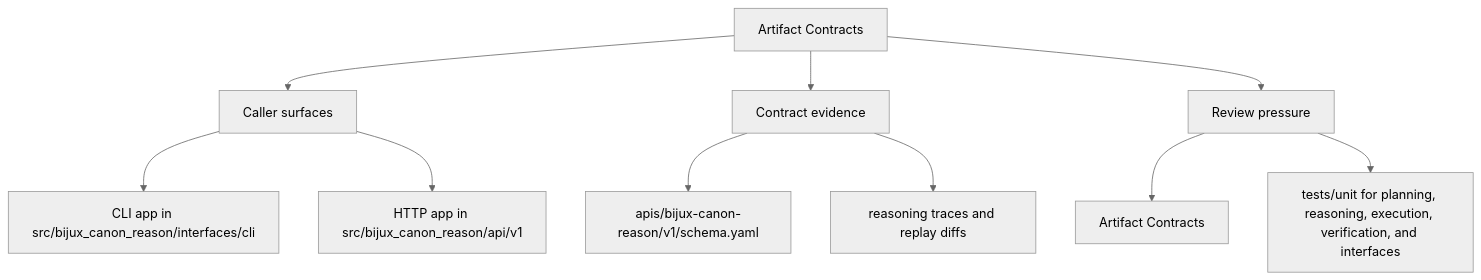
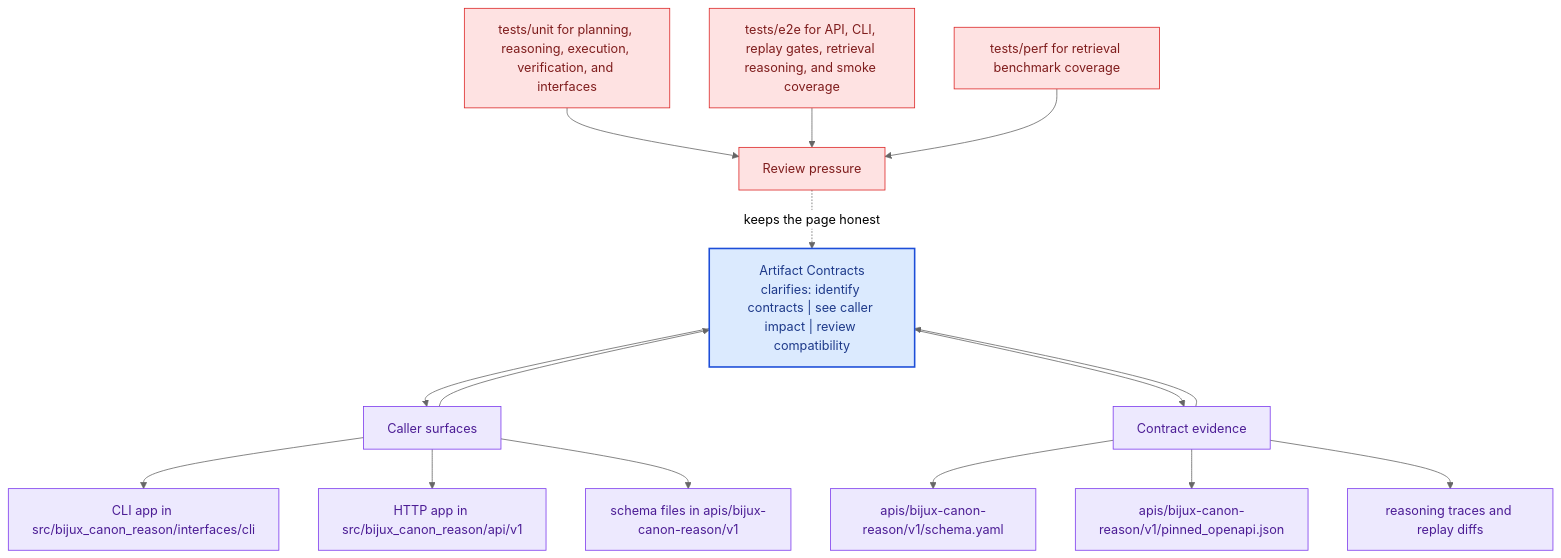
Before and after one commit to bijux/bijux-canon: the second of 2 diagrams in docs/bijux-canon-reason/interfaces/artifact-contracts.md, drawn with Mermaid (neutral theme). The commit also changed other lines of this file and 281 other files, not shown here.

Commit message:
docs(diagrams): deepen handbook mermaid maps across the catalog

````diff
--- a/docs/bijux-canon-reason/interfaces/artifact-contracts.md
+++ b/docs/bijux-canon-reason/interfaces/artifact-contracts.md
@@ -35,22 +68,41 @@
 ```mermaid
-flowchart TD
-    page["Artifact Contracts"]
+flowchart TB
+    promise["Artifact Contracts<br/>clarifies: identify contracts | see caller impact | review compatibility"]
+    classDef promise fill:#dbeafe,stroke:#1d4ed8,color:#1e3a8a,stroke-width:2px;
+    classDef driver fill:#dcfce7,stroke:#16a34a,color:#14532d;
+    classDef constraint fill:#fee2e2,stroke:#dc2626,color:#7f1d1d;
+    classDef ground fill:#ede9fe,stroke:#7c3aed,color:#4c1d95;
     focus1["Caller surfaces"]
-    page --> focus1
+    focus1 --> promise
+    promise --> focus1
     focus1_1["CLI app in src/bijux_canon_reason/interfaces/cli"]
     focus1 --> focus1_1
     focus1_2["HTTP app in src/bijux_canon_reason/api/v1"]
     focus1 --> focus1_2
+    focus1_3["schema files in apis/bijux-canon-reason/v1"]
+    focus1 --> focus1_3
+    class focus1 ground;
+    class focus1_1,focus1_2,focus1_3 ground;
     focus2["Contract evidence"]
-    page --> focus2
+    focus2 --> promise
+    promise --> focus2
     focus2_1["apis/bijux-canon-reason/v1/schema.yaml"]
     focus2 --> focus2_1
-    focus2_2["reasoning traces and replay diffs"]
+    focus2_2["apis/bijux-canon-reason/v1/pinned_openapi.json"]
     focus2 --> focus2_2
+    focus2_3["reasoning traces and replay diffs"]
+    focus2 --> focus2_3
+    class focus2 ground;
+    class focus2_1,focus2_2,focus2_3 ground;
     focus3["Review pressure"]
-    page --> focus3
-    focus3_1["Artifact Contracts"]
-    focus3 --> focus3_1
-    focus3_2["tests/unit for planning, reasoning, execution, verification, and interfaces"]
-    focus3 --> focus3_2
+    focus3 -.keeps the page honest.-> promise
+    focus3_1["tests/unit for planning, reasoning, execution, verification, and interfaces"]
+    focus3_1 --> focus3
+    focus3_2["tests/e2e for API, CLI, replay gates, retrieval reasoning, and smoke coverage"]
+    focus3_2 --> focus3
+    focus3_3["tests/perf for retrieval benchmark coverage"]
+    focus3_3 --> focus3
+    class focus3 constraint;
+    class focus3_1,focus3_2,focus3_3 constraint;
+    class promise promise;
 ```
````
